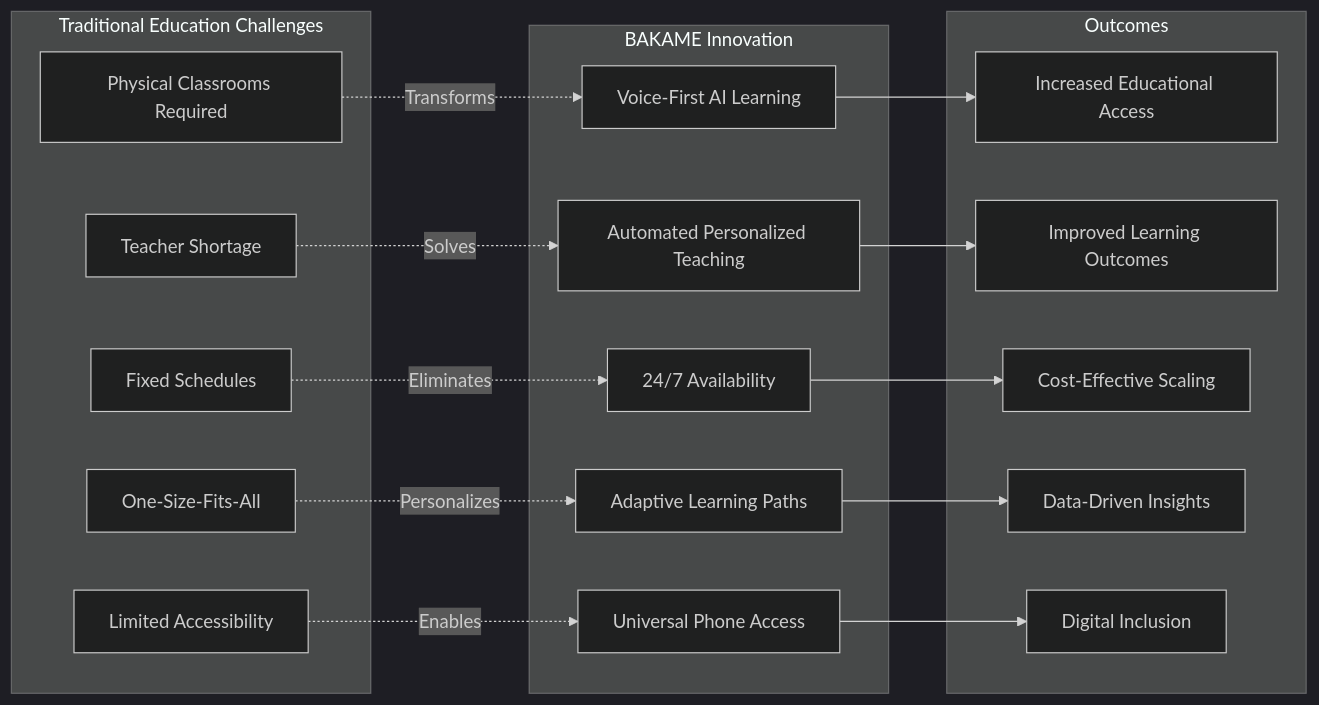
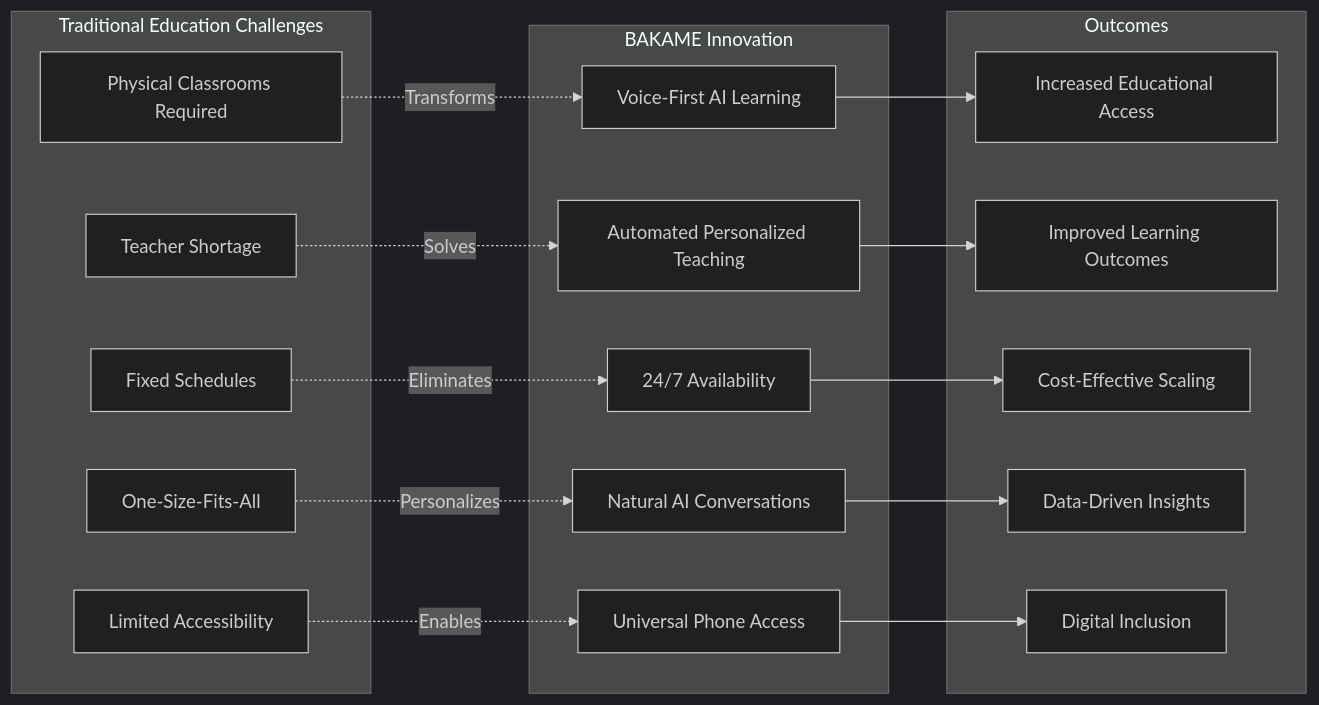
The third of 6 diagrams in docs/value_proposition_diagram.md (bakameai/mvp), drawn with Mermaid (dark theme) before and after one commit. The commit also changed other lines of this file and 16 other files, not shown here.

````diff
--- a/docs/value_proposition_diagram.md
+++ b/docs/value_proposition_diagram.md
@@ -125,38 +125,38 @@
 ```mermaid
 flowchart LR
     subgraph "Traditional Education Challenges"
         T1[Physical Classrooms Required]
         T2[Teacher Shortage]
         T3[Fixed Schedules]
         T4[One-Size-Fits-All]
         T5[Limited Accessibility]
     end
     
     subgraph "BAKAME Innovation"
         B1[Voice-First AI Learning]
         B2[Automated Personalized Teaching]
         B3[24/7 Availability]
-        B4[Adaptive Learning Paths]
+        B4[Natural AI Conversations]
         B5[Universal Phone Access]
     end
     
     subgraph "Outcomes"
         O1[Increased Educational Access]
         O2[Improved Learning Outcomes]
         O3[Cost-Effective Scaling]
         O4[Data-Driven Insights]
         O5[Digital Inclusion]
     end
     
     T1 -.->|Transforms| B1
     T2 -.->|Solves| B2
     T3 -.->|Eliminates| B3
     T4 -.->|Personalizes| B4
     T5 -.->|Enables| B5
     
     B1 --> O1
     B2 --> O2
     B3 --> O3
     B4 --> O4
     B5 --> O5
 ```
````
